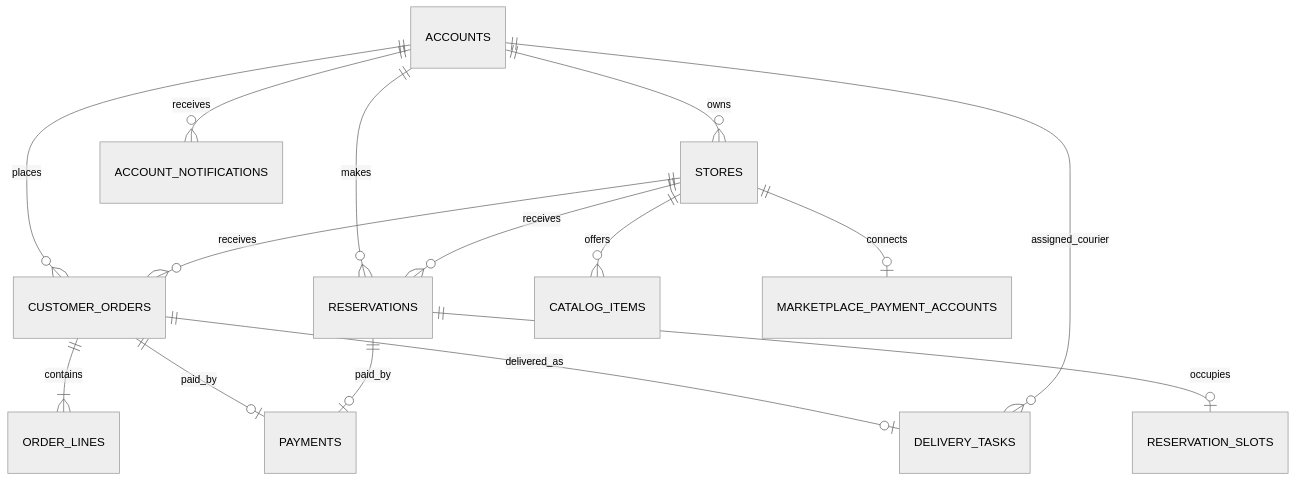
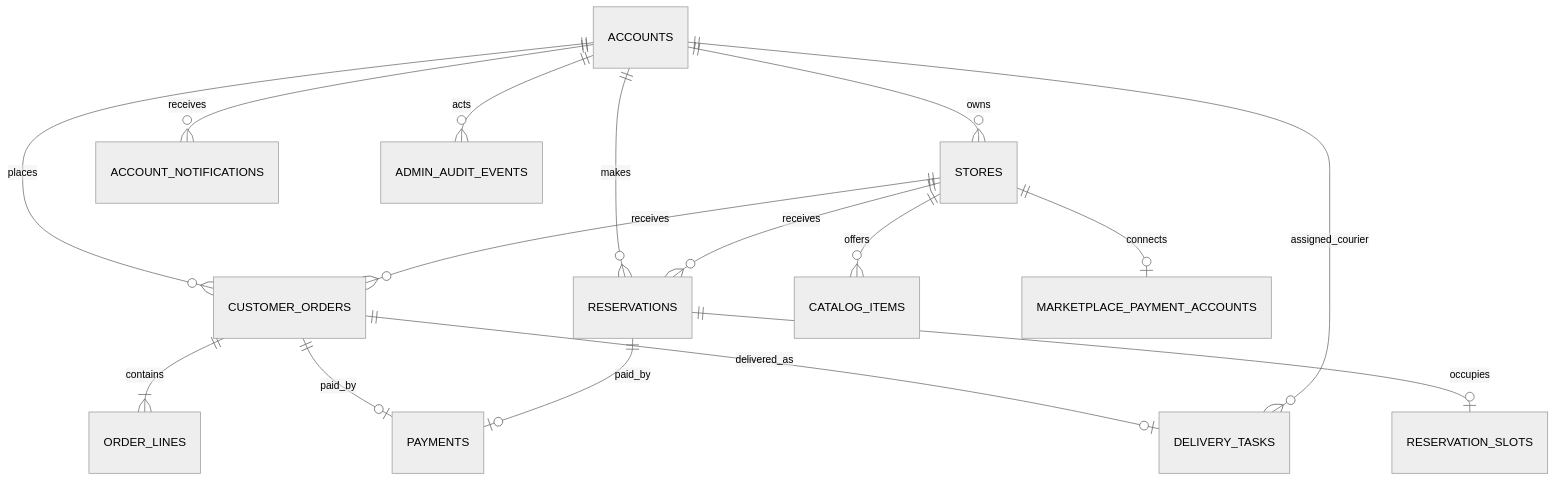
Before and after one commit to WilkerOliv/FoodDelivery: the diagram in Documentacao/Modelo_de_Dados.md, drawn with Mermaid (neutral theme). The commit also changed other lines of this file and 70 other files, not shown here.

````diff
--- a/Documentacao/Modelo_de_Dados.md
+++ b/Documentacao/Modelo_de_Dados.md
@@ -7,17 +7,18 @@
 ```mermaid
 erDiagram
     ACCOUNTS ||--o{ STORES : owns
     ACCOUNTS ||--o{ CUSTOMER_ORDERS : places
     ACCOUNTS ||--o{ RESERVATIONS : makes
     ACCOUNTS ||--o{ ACCOUNT_NOTIFICATIONS : receives
+    ACCOUNTS ||--o{ ADMIN_AUDIT_EVENTS : acts
     STORES ||--o{ CATALOG_ITEMS : offers
     STORES ||--o{ CUSTOMER_ORDERS : receives
     STORES ||--o{ RESERVATIONS : receives
     STORES ||--o| MARKETPLACE_PAYMENT_ACCOUNTS : connects
     CUSTOMER_ORDERS ||--|{ ORDER_LINES : contains
     CUSTOMER_ORDERS ||--o| PAYMENTS : paid_by
     RESERVATIONS ||--o| PAYMENTS : paid_by
     RESERVATIONS ||--o| RESERVATION_SLOTS : occupies
     CUSTOMER_ORDERS ||--o| DELIVERY_TASKS : delivered_as
     ACCOUNTS ||--o{ DELIVERY_TASKS : assigned_courier
 ```
````
